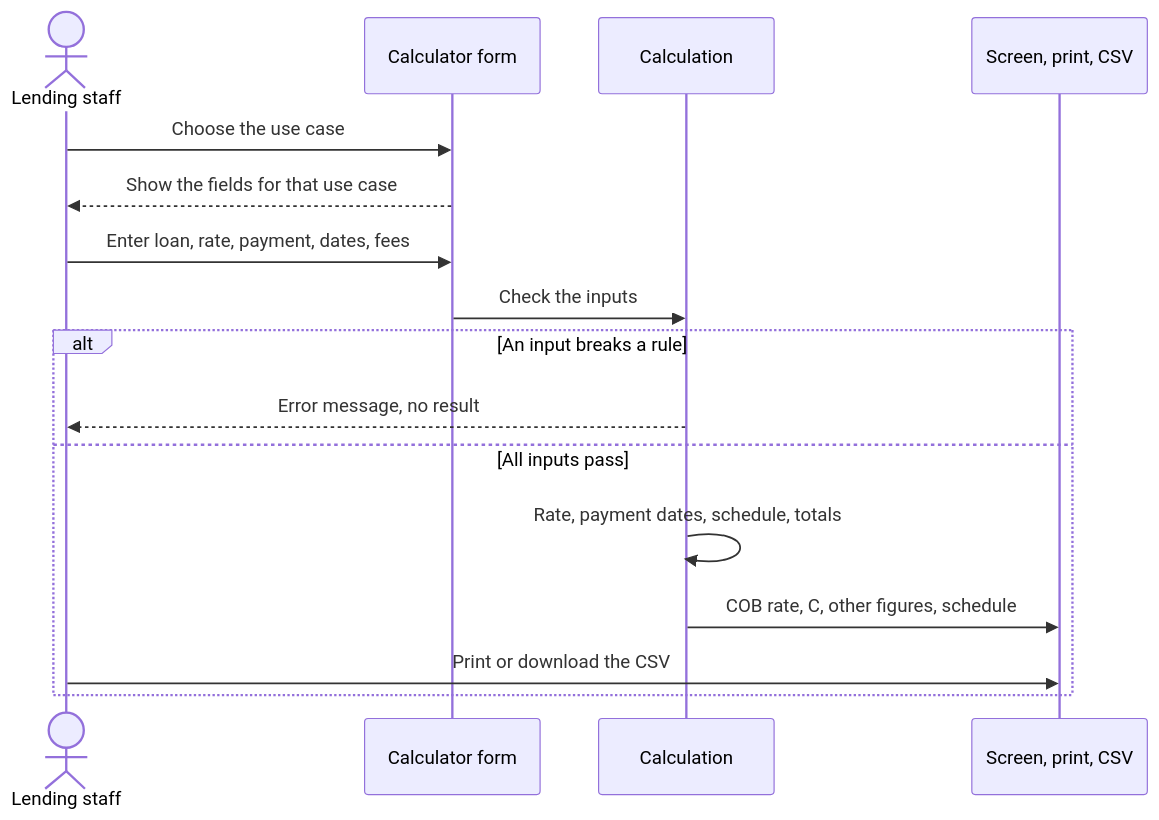
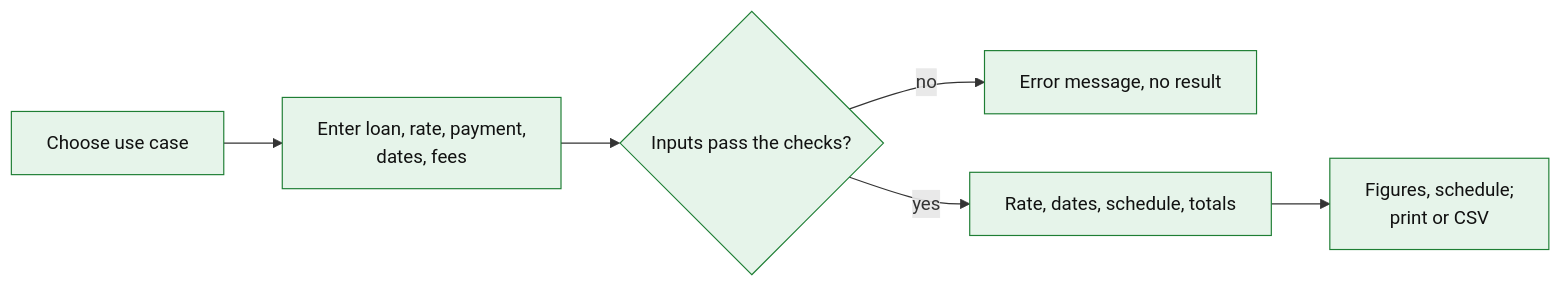
Before and after one commit to mikhailajajui/COB-calc: the third of 14 diagrams in COB-ts/docs/COB-domain-overview.md, drawn with Mermaid. The commit also changed other lines of this file and 85 other files, not shown here.

Commit message:
re-naming labels, adding loan, deleeting the  change rate  variable from the list

````diff
--- a/COB-ts/docs/COB-domain-overview.md
+++ b/COB-ts/docs/COB-domain-overview.md
@@ -91,18 +75,7 @@
 ```mermaid
-sequenceDiagram
-    actor Staff as Lending staff
-    participant Form as Calculator form
-    participant Calc as Calculation
-    participant Out as Screen, print, CSV
-    Staff->>Form: Choose the use case
-    Form-->>Staff: Show the fields for that use case
-    Staff->>Form: Enter loan, rate, payment, dates, fees
-    Form->>Calc: Check the inputs
-    alt An input breaks a rule
-        Calc-->>Staff: Error message, no result
-    else All inputs pass
-        Calc->>Calc: Rate, payment dates, schedule, totals
-        Calc->>Out: COB rate, C, other figures, schedule
-        Staff->>Out: Print or download the CSV
-    end
+flowchart LR
+    A["Choose use case"]:::today --> B["Enter loan, rate, payment,<br/>dates, fees"]:::today --> C{"Inputs pass the checks?"}:::today
+    C -->|"no"| E["Error message, no result"]:::today
+    C -->|"yes"| R["Rate, dates, schedule, totals"]:::today --> O["Figures, schedule;<br/>print or CSV"]:::today
+    classDef today fill:#e6f4ea,stroke:#1e7e34,color:#111
 ```
````
